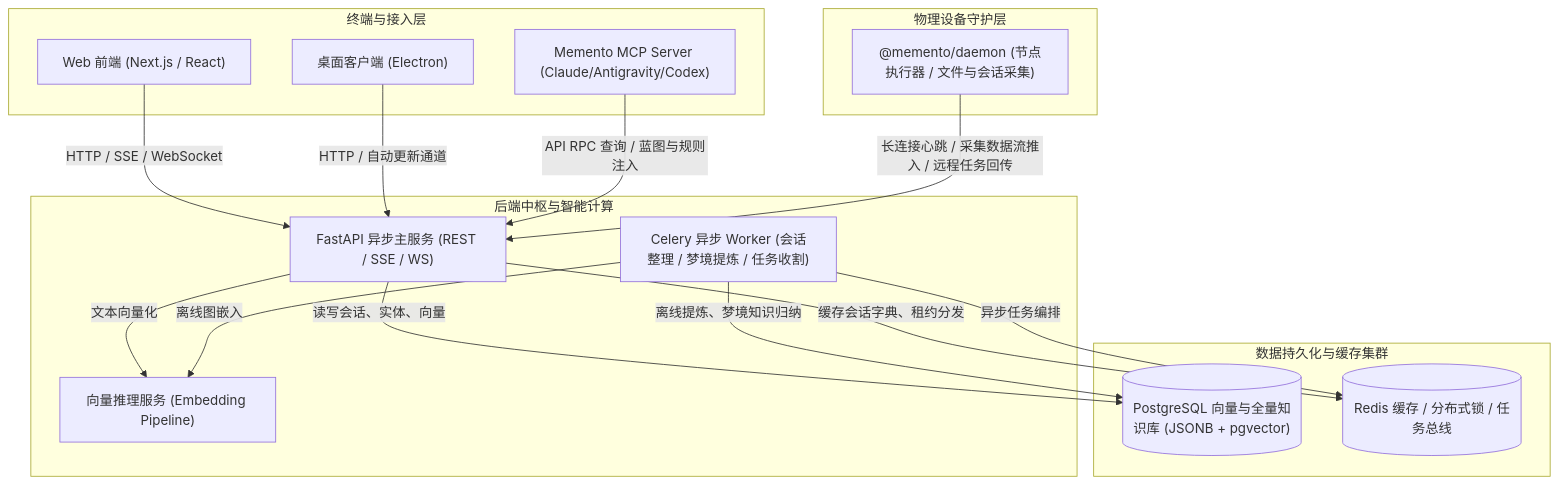
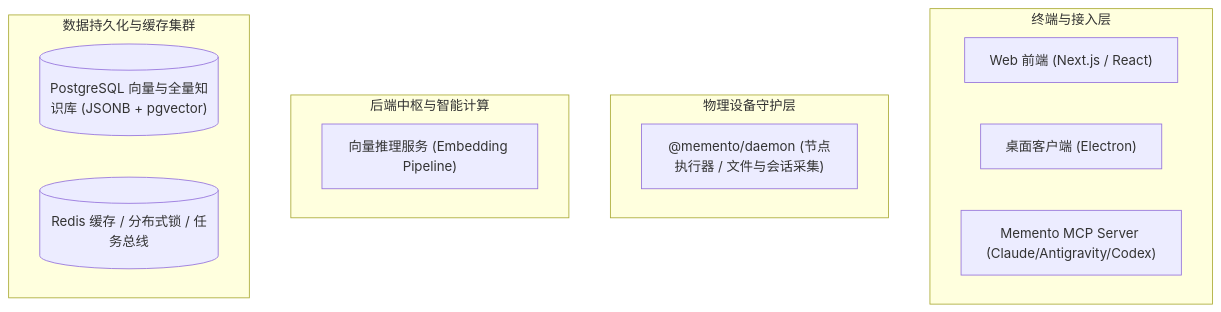
One commit to ddong8/memento changed the diagram in CODE_BLUEPRINT.md. Above: the diagram before and after it, drawn with Mermaid. The commit also changed other lines of this file and 342 other files, not shown here.

````diff
--- a/CODE_BLUEPRINT.md
+++ b/CODE_BLUEPRINT.md
@@ -46,34 +46,22 @@
 ```mermaid
 flowchart TD
     subgraph Clients["终端与接入层"]
         WEB["Web 前端 (Next.js / React)"]
         DESK["桌面客户端 (Electron)"]
         MCP["Memento MCP Server (Claude/Antigravity/Codex)"]
     end
 
     subgraph Devices["物理设备守护层"]
         DAEMON["@memento/daemon (节点执行器 / 文件与会话采集)"]
     end
 
     subgraph CoreBackend["后端中枢与智能计算"]
-        API["FastAPI 异步主服务 (REST / SSE / WS)"]
-        CELERY["Celery 异步 Worker (会话整理 / 梦境提炼 / 任务收割)"]
         EMB["向量推理服务 (Embedding Pipeline)"]
     end
 
     subgraph Storage["数据持久化与缓存集群"]
         PG[("PostgreSQL 向量与全量知识库 (JSONB + pgvector)")]
         REDIS[("Redis 缓存 / 分布式锁 / 任务总线")]
     end
 
-    WEB -->|HTTP / SSE / WebSocket| API
-    DESK -->|HTTP / 自动更新通道| API
-    MCP -->|API RPC 查询 / 蓝图与规则注入| API
-    DAEMON -->|长连接心跳 / 采集数据流推入 / 远程任务回传| API
-    API -->|读写会话、实体、向量| PG
-    API -->|缓存会话字典、租约分发| REDIS
-    CELERY -->|异步任务编排| REDIS
-    CELERY -->|离线提炼、梦境知识归纳| PG
-    API -->|文本向量化| EMB
-    CELERY -->|离线图嵌入| EMB
 ```
````
